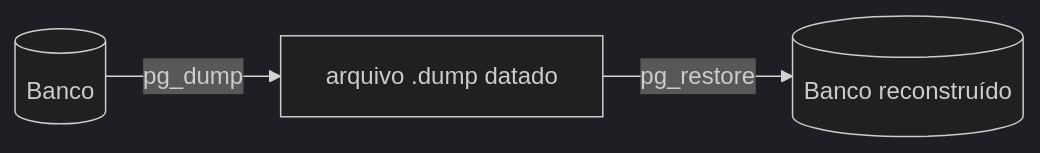
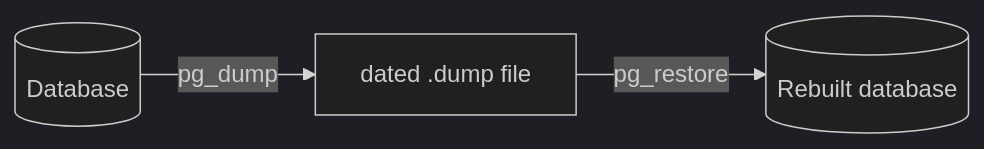
The diagram in docs/tasks/en/E2-system-foundation/FAB-204-database-backup.md (enzoconsulo/factory-tcc), drawn with Mermaid (dark theme) before and after one commit. The commit also changed 52 other files, not shown here.

````diff
--- a/docs/tasks/en/E2-system-foundation/FAB-204-database-backup.md
+++ b/docs/tasks/en/E2-system-foundation/FAB-204-database-backup.md
@@ -11,4 +11,4 @@
 ```mermaid
 flowchart LR
-  DB[("Banco")] -- "pg_dump" --> A["arquivo .dump datado"] -- "pg_restore" --> DB2[("Banco reconstruído")]
+  DB[("Database")] -- "pg_dump" --> A["dated .dump file"] -- "pg_restore" --> DB2[("Rebuilt database")]
 ```
````
